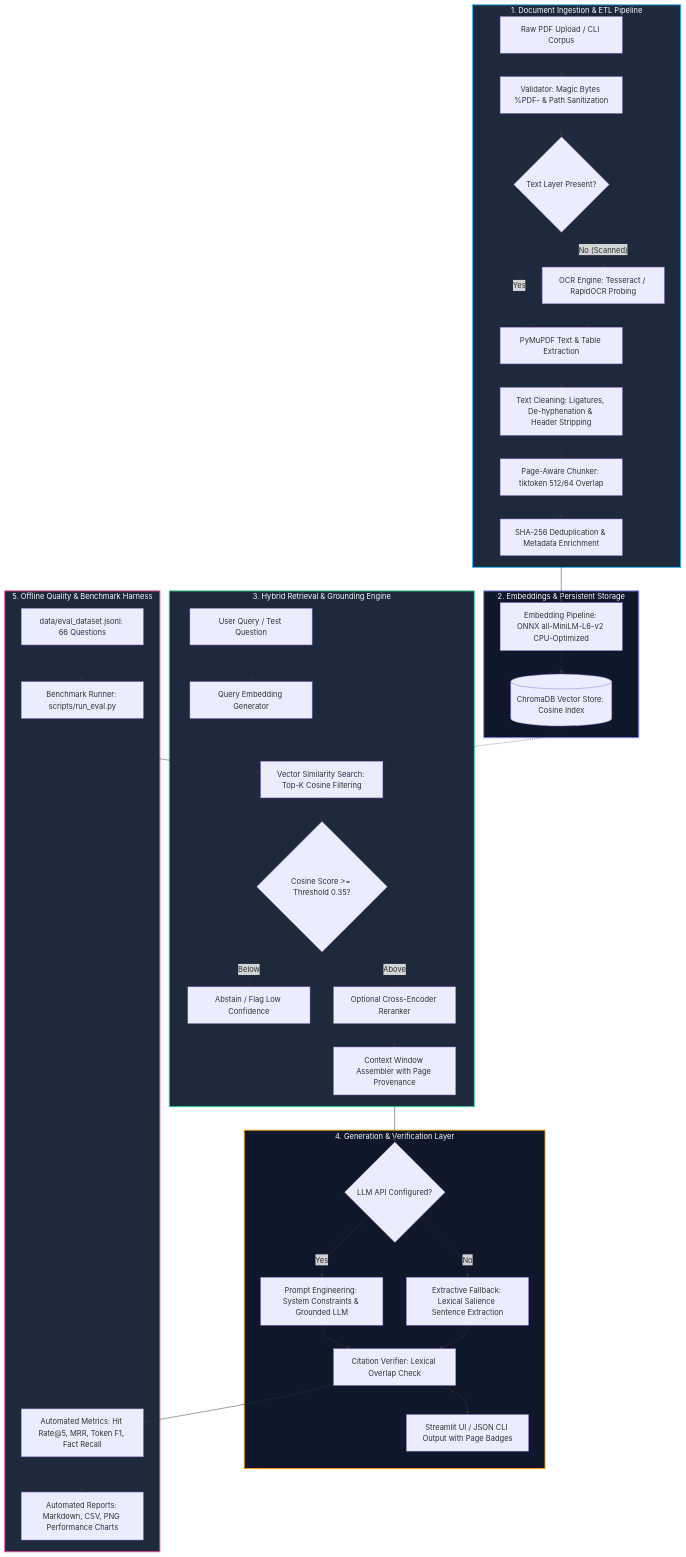
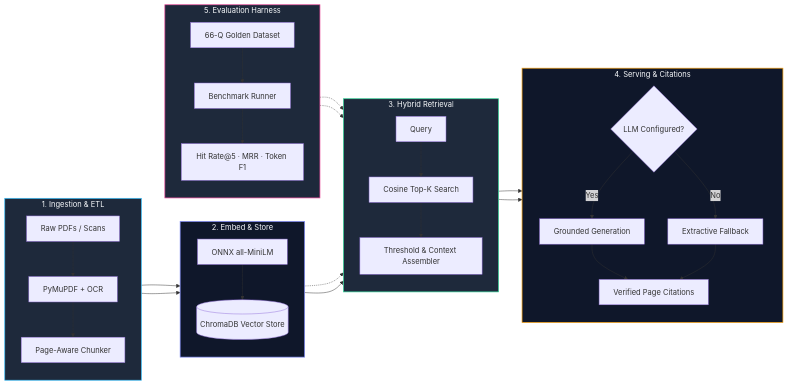
The diagram in README.md (mahendravelagapudi099-wq/messy-pdf-rag-chatbot), drawn with Mermaid before and after one commit.

Commit message:
docs: streamline and compact system architecture mermaid diagram

````diff
--- a/README.md
+++ b/README.md
@@ -48,50 +46,45 @@
 ```mermaid
-flowchart TD
-    subgraph INGESTION["1. Document Ingestion & ETL Pipeline"]
-        A[Raw PDF Upload / CLI Corpus] --> B[Validator: Magic Bytes %PDF- & Path Sanitization]
-        B --> C{Text Layer Present?}
-        C -- Yes --> D[PyMuPDF Text & Table Extraction]
-        C -- No (Scanned) --> E[OCR Engine: Tesseract / RapidOCR Probing]
-        E --> D
-        D --> F[Text Cleaning: Ligatures, De-hyphenation & Header Stripping]
-        F --> G[Page-Aware Chunker: tiktoken 512/64 Overlap]
-        G --> H[SHA-256 Deduplication & Metadata Enrichment]
+flowchart LR
+    subgraph S1["1. Ingestion & ETL"]
+        direction TB
+        A[Raw PDFs / Scans] --> B[PyMuPDF + OCR]
+        B --> C[Page-Aware Chunker]
     end
 
-    subgraph STORAGE["2. Embeddings & Persistent Storage"]
-        H --> I[Embedding Pipeline: ONNX all-MiniLM-L6-v2 CPU-Optimized]
-        I --> J[(ChromaDB Vector Store: Cosine Index)]
+    subgraph S2["2. Embed & Store"]
+        direction TB
+        C --> D[ONNX all-MiniLM]
+        D --> E[(ChromaDB Vector Store)]
     end
 
-    subgraph RETRIEVAL["3. Hybrid Retrieval & Grounding Engine"]
-        K[User Query / Test Question] --> L[Query Embedding Generator]
-        L --> M[Vector Similarity Search: Top-K Cosine Filtering]
-        J -.-> M
-        M --> N{Cosine Score >= Threshold 0.35?}
-        N -- Below --> O[Abstain / Flag Low Confidence]
-        N -- Above --> P[Optional Cross-Encoder Reranker]
-        P --> Q[Context Window Assembler with Page Provenance]
+    subgraph S3["3. Hybrid Retrieval"]
+        direction TB
+        F[Query] --> G[Cosine Top-K Search]
+        E -.-> G
+        G --> H[Threshold & Context Assembler]
     end
 
-    subgraph SERVING["4. Generation & Verification Layer"]
-        Q --> R{LLM API Configured?}
-        R -- Yes --> S[Prompt Engineering: System Constraints & Grounded LLM]
-        R -- No --> T[Extractive Fallback: Lexical Salience Sentence Extraction]
-        S --> U[Citation Verifier: Lexical Overlap Check]
-        T --> U
-        U --> V[Streamlit UI / JSON CLI Output with Page Badges]
+    subgraph S4["4. Serving & Citations"]
+        direction TB
+        H --> I{LLM Configured?}
+        I -- Yes --> J[Grounded Generation]
+        I -- No --> K[Extractive Fallback]
+        J & K --> L[Verified Page Citations]
     end
 
-    subgraph EVALUATION["5. Offline Quality & Benchmark Harness"]
-        W[data/eval_dataset.jsonl: 66 Questions] --> X[Benchmark Runner: scripts/run_eval.py]
-        X --> M
-        U --> Y[Automated Metrics: Hit Rate@5, MRR, Token F1, Fact Recall]
-        Y --> Z[Automated Reports: Markdown, CSV, PNG Performance Charts]
+    subgraph S5["5. Evaluation Harness"]
+        direction TB
+        M[66-Q Golden Dataset] --> N[Benchmark Runner]
+        N -.-> G
+        N --> O[Hit Rate@5 · MRR · Token F1]
     end
 
-    style INGESTION fill:#1e293b,stroke:#38bdf8,stroke-width:2px,color:#f8fafc
-    style STORAGE fill:#0f172a,stroke:#818cf8,stroke-width:2px,color:#f8fafc
-    style RETRIEVAL fill:#1e293b,stroke:#34d399,stroke-width:2px,color:#f8fafc
-    style SERVING fill:#0f172a,stroke:#f59e0b,stroke-width:2px,color:#f8fafc
-    style EVALUATION fill:#1e293b,stroke:#ec4899,stroke-width:2px,color:#f8fafc
+    S1 --> S2 --> S3 --> S4
+    S5 -.-> S3
+
+    style S1 fill:#1e293b,stroke:#38bdf8,stroke-width:1.5px,color:#f8fafc
+    style S2 fill:#0f172a,stroke:#818cf8,stroke-width:1.5px,color:#f8fafc
+    style S3 fill:#1e293b,stroke:#34d399,stroke-width:1.5px,color:#f8fafc
+    style S4 fill:#0f172a,stroke:#f59e0b,stroke-width:1.5px,color:#f8fafc
+    style S5 fill:#1e293b,stroke:#ec4899,stroke-width:1.5px,color:#f8fafc
 ```
````
